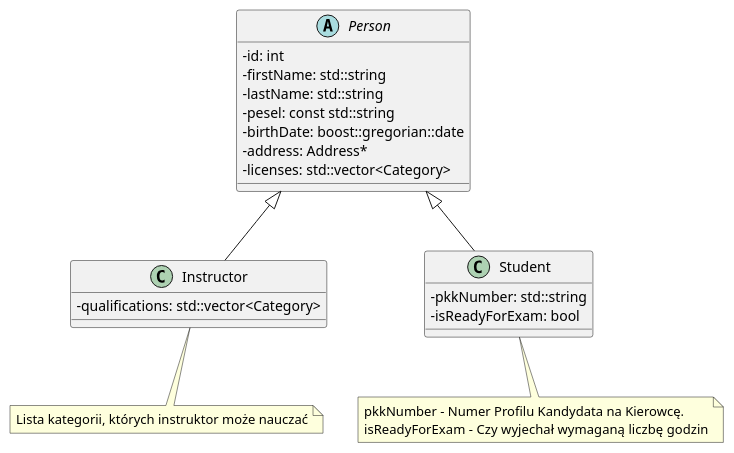
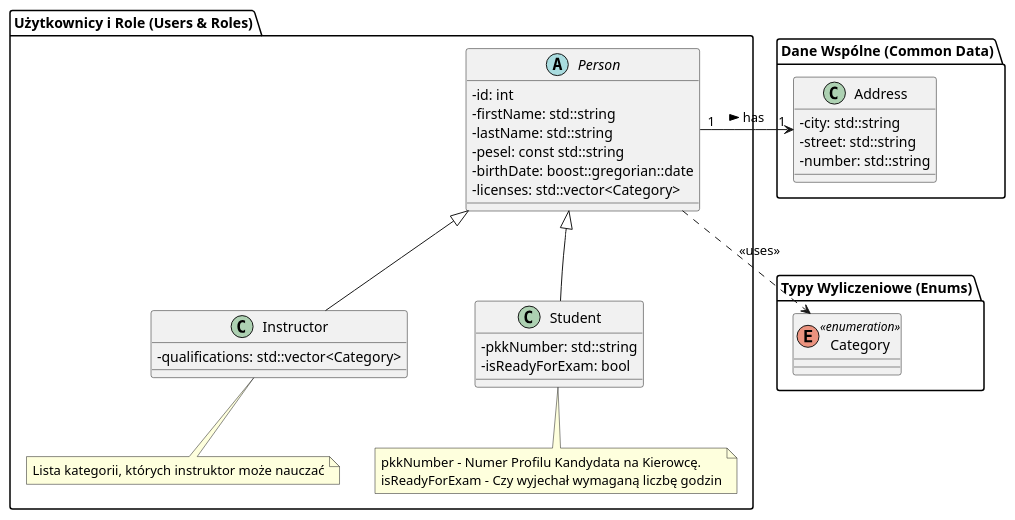
Before and after one commit to j-muszynski/Centrum-Szkoleniowe-POBI: the diagram in uml/model/person.puml, drawn with PlantUML. The commit also changed 9 other files, not shown here.

Commit message:
Aktualizacja UML

```diff
--- a/uml/model/person.puml
+++ b/uml/model/person.puml
@@ -1,32 +1,49 @@
 @startuml
 skinparam classAttributeIconSize 0
-abstract class Person {
-    - id: int
-    - firstName: std::string
-    - lastName: std::string
-    - pesel: const std::string
-    - birthDate: boost::gregorian::date
-    - address: Address*
-    - licenses: std::vector<Category>
+
+package "Typy Wyliczeniowe (Enums)" {
+    enum Category <<enumeration>>
 }
 
-class Instructor {
-    - qualifications: std::vector<Category>
+package "Użytkownicy i Role (Users & Roles)" {
+    abstract class Person {
+        - id: int
+        - firstName: std::string
+        - lastName: std::string
+        - pesel: const std::string
+        - birthDate: boost::gregorian::date
+        - licenses: std::vector<Category>
+    }
+
+    class Instructor {
+        - qualifications: std::vector<Category>
+    }
+    note bottom of Instructor
+      Lista kategorii, których instruktor może nauczać
+    end note
+
+    class Student {
+        - pkkNumber: std::string
+        - isReadyForExam: bool
+    }
+    note bottom of Student
+      pkkNumber - Numer Profilu Kandydata na Kierowcę.
+      isReadyForExam - Czy wyjechał wymaganą liczbę godzin
+    end note
 }
-note bottom of Instructor
- Lista kategorii, których instruktor może nauczać
-end note
 
-class Student {
-    - pkkNumber: std::string
-    - isReadyForExam: bool
+package "Dane Wspólne (Common Data)" {
+    class Address {
+        - city: std::string
+        - street: std::string
+        - number: std::string
+    }
 }
-note bottom of Student
-  pkkNumber - Numer Profilu Kandydata na Kierowcę.
-  isReadyForExam -  Czy wyjechał wymaganą liczbę godzin
-end note
 
 Person <|-- Instructor
 Person <|-- Student
 
+Person "1" -right-> "1" Address : has >
+Person ..> Category : <<uses>>
+
 @enduml
```
